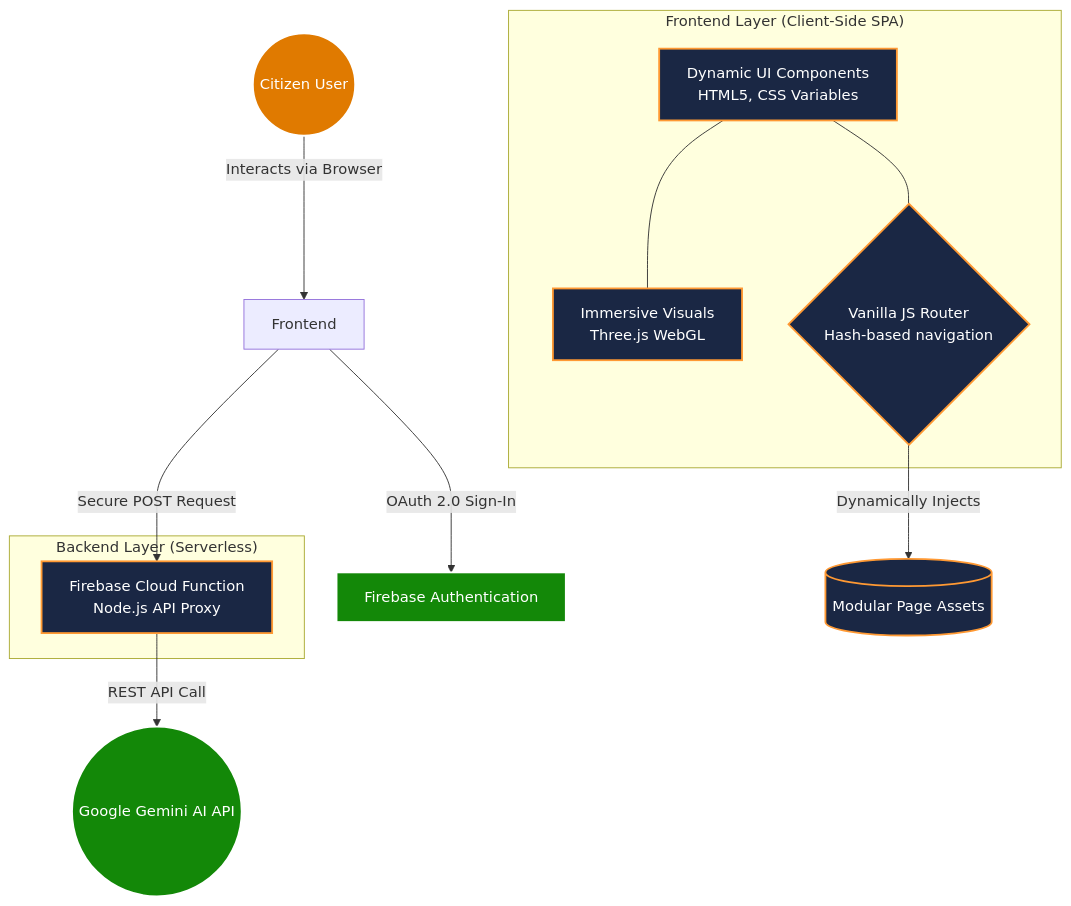
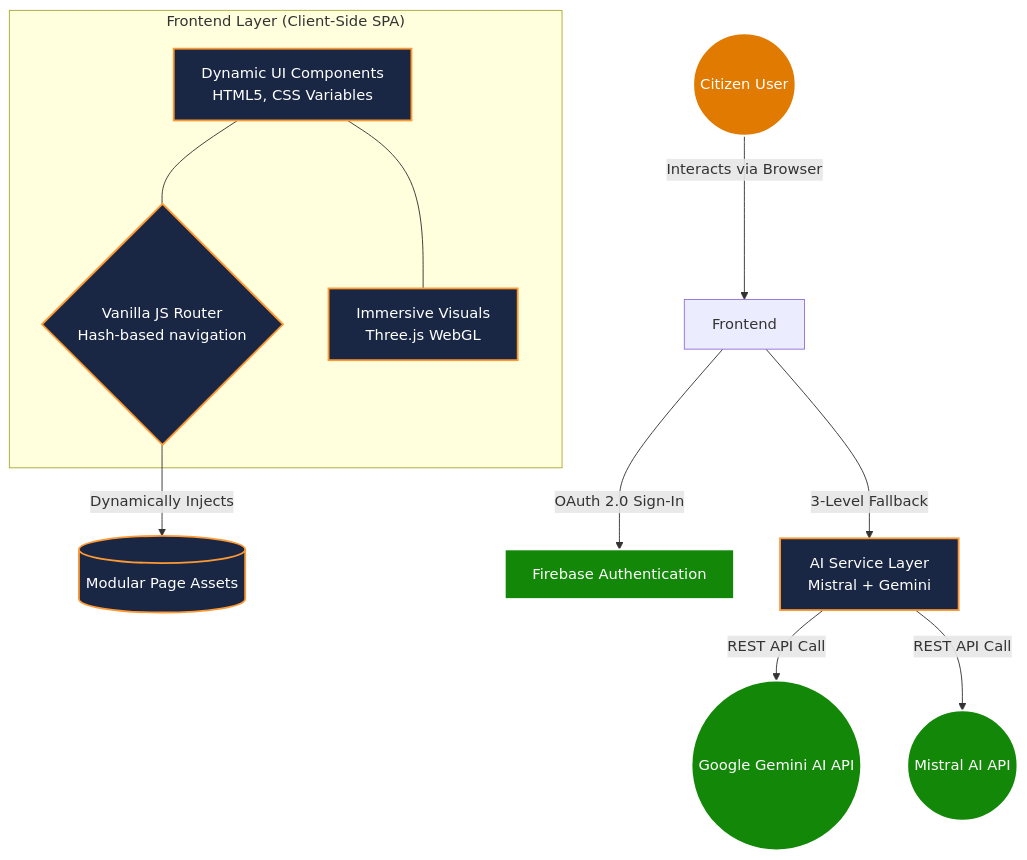
The diagram in README.md (1anand2shankar/VoteReady), drawn with Mermaid before and after one commit. The commit also changed other lines of this file and 30 other files, not shown here.

````diff
--- a/README.md
+++ b/README.md
@@ -72,38 +72,34 @@
 ```mermaid
 graph TD
     %% User Layer
     U((Citizen User)) -->|Interacts via Browser| Frontend
 
     %% Frontend Layer
     subgraph "Frontend Layer (Client-Side SPA)"
         UI[Dynamic UI Components<br>HTML5, CSS Variables]
         ThreeJS[Immersive Visuals<br>Three.js WebGL]
         Router{Vanilla JS Router<br>Hash-based navigation}
 
         UI --- Router
         UI --- ThreeJS
     end
 
     %% Services & Backend
     Frontend -->|OAuth 2.0 Sign-In| FirebaseAuth[Firebase Authentication]
     Router -->|Dynamically Injects| LocalData[(Modular Page Assets)]
-    Frontend -->|Secure POST Request| CloudFunction
-
-    %% Backend Layer
-    subgraph "Backend Layer (Serverless)"
-        CloudFunction[Firebase Cloud Function<br>Node.js API Proxy]
-    end
+    Frontend -->|3-Level Fallback| AIAPI[AI Service Layer<br>Mistral + Gemini]
 
     %% External API Layer
-    CloudFunction -->|REST API Call| GeminiAPI((Google Gemini AI API))
+    AIAPI -->|REST API Call| GeminiAPI((Google Gemini AI API))
+    AIAPI -->|REST API Call| MistralAPI((Mistral AI API))
 
     %% Styling
     classDef primary fill:#1a2744,stroke:#ff9933,stroke-width:2px,color:#fff;
     classDef secondary fill:#0a1628,stroke:#5a82b0,stroke-width:1px,color:#fff;
     classDef external fill:#138808,stroke:#fff,stroke-width:2px,color:#fff;
     classDef user fill:#e07a00,stroke:#fff,stroke-width:2px,color:#fff;
 
-    class UI,Router,ThreeJS,CloudFunction,LocalData primary;
-    class FirebaseAuth,GeminiAPI external;
+    class UI,Router,ThreeJS,LocalData,AIAPI primary;
+    class FirebaseAuth,GeminiAPI,MistralAPI external;
     class U user;
 ```
````
